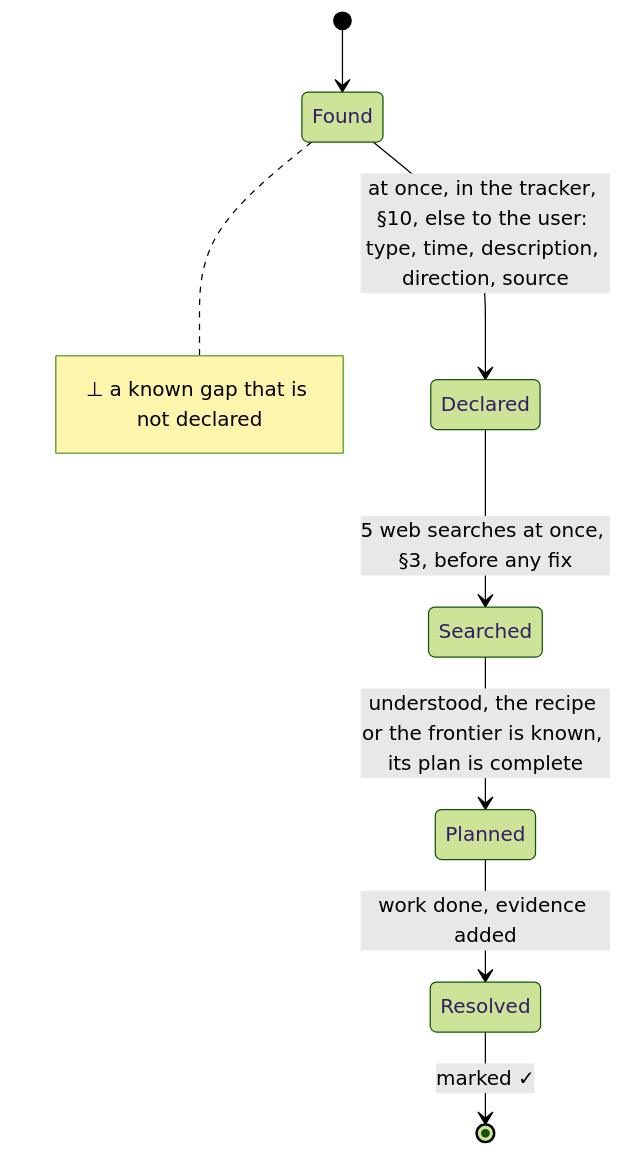
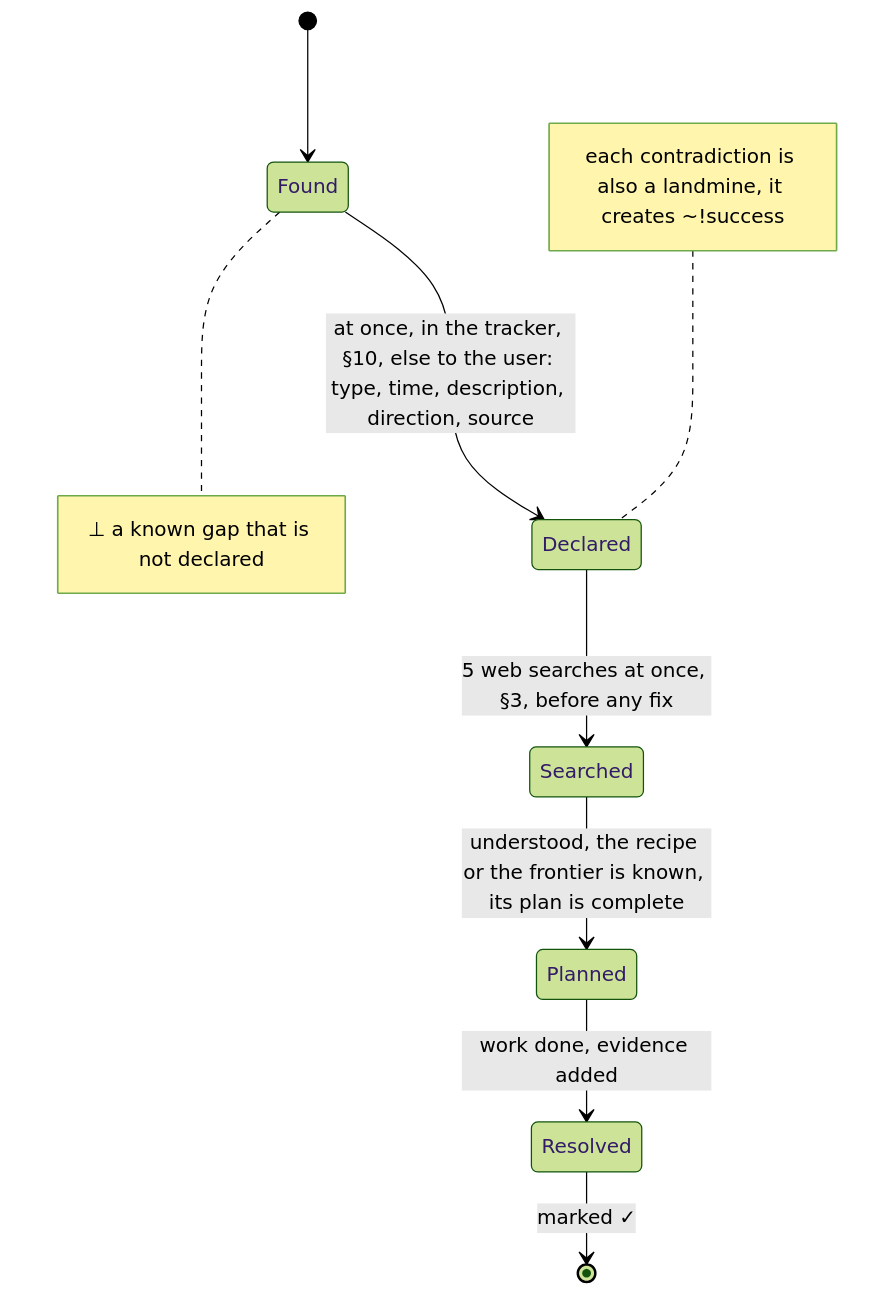
Before and after one commit to SolenixAI/arbiter: diagram 13 of 14 in AGENTS.md, drawn with Mermaid (forest theme). The commit also changed other lines of this file and 1 other file, not shown here.

First line of the commit message:
feat(agents): a findable contradiction means ~!correct; no contradiction reaches the user

````diff
--- a/AGENTS.md
+++ b/AGENTS.md
@@ -621,10 +631,11 @@
 ```mermaid
 stateDiagram-v2
   [*] --> Found
   Found --> Declared: at once, in the tracker, §10, else to the user: type, time, description, direction, source
   Declared --> Searched: 5 web searches at once, §3, before any fix
   Searched --> Planned: understood, the recipe or the frontier is known, its plan is complete
   Planned --> Resolved: work done, evidence added
   Resolved --> [*]: marked ✓
   note right of Found : ⊥ a known gap that is not declared
+  note left of Declared : each contradiction is also a landmine, it creates ~!success
 ```
````
